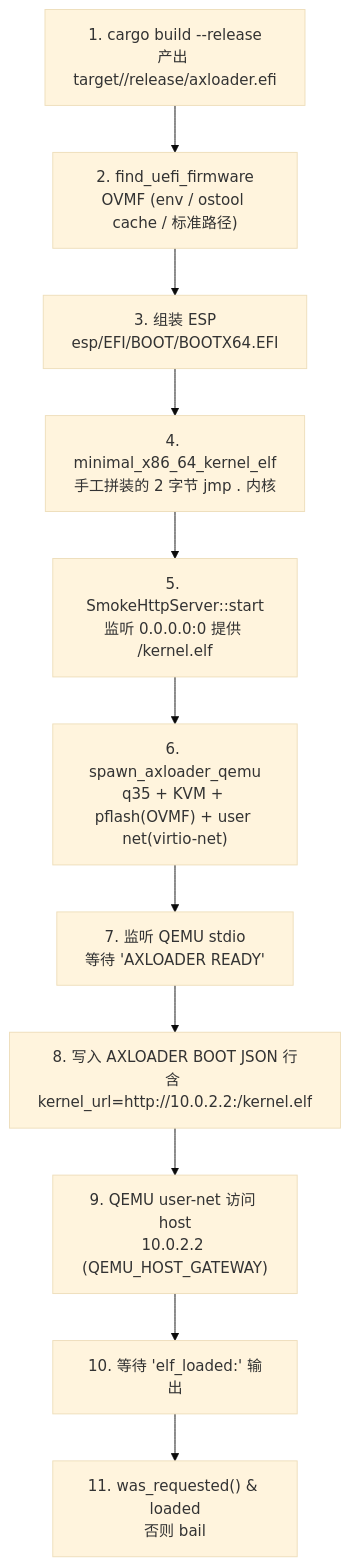
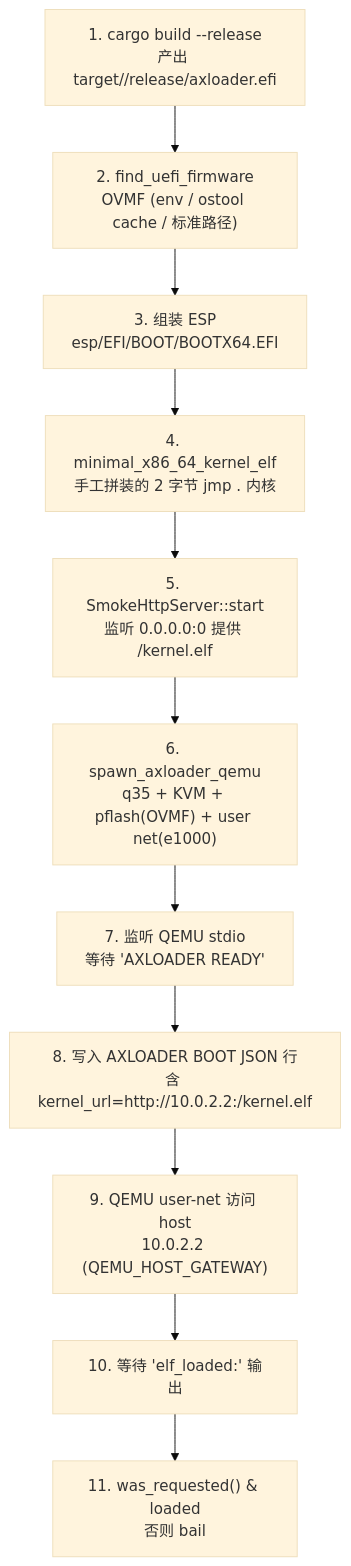
The diagram in docs/docs/build/axloader.md (451846939/tgoskits), drawn with Mermaid (base theme) before and after one commit. The commit also changed other lines of this file and 2 other files, not shown here.

Commit message:
fix(axloader): connect UEFI controllers before HTTP download and revert NIC to e1000

````diff
--- a/docs/docs/build/axloader.md
+++ b/docs/docs/build/axloader.md
@@ -30,16 +30,16 @@
 ```mermaid
 flowchart TB
     BUILD["1. cargo build --release<br/>产出 target/<uefi>/release/axloader.efi"]
     FW["2. find_uefi_firmware<br/>OVMF (env / ostool cache / 标准路径)"]
     ESP["3. 组装 ESP<br/>esp/EFI/BOOT/BOOTX64.EFI"]
     KERNEL["4. minimal_x86_64_kernel_elf<br/>手工拼装的 2 字节 jmp . 内核"]
     HTTP["5. SmokeHttpServer::start<br/>监听 0.0.0.0:0 提供 /kernel.elf"]
-    QEMU["6. spawn_axloader_qemu<br/>q35 + KVM + pflash(OVMF) + user net(virtio-net)"]
+    QEMU["6. spawn_axloader_qemu<br/>q35 + KVM + pflash(OVMF) + user net(e1000)"]
     SERIAL["7. 监听 QEMU stdio<br/>等待 'AXLOADER READY'"]
     BOOT["8. 写入 AXLOADER BOOT JSON 行<br/>含 kernel_url=http://10.0.2.2:<port>/kernel.elf"]
     FETCH["9. QEMU user-net 访问 host<br/>10.0.2.2 (QEMU_HOST_GATEWAY)"]
     LOAD["10. 等待 'elf_loaded:' 输出"]
     CHECK["11. was_requested() & loaded<br/>否则 bail"]
 
     BUILD --> FW --> ESP --> KERNEL --> HTTP --> QEMU --> SERIAL --> BOOT --> FETCH --> LOAD --> CHECK
 ```
````
